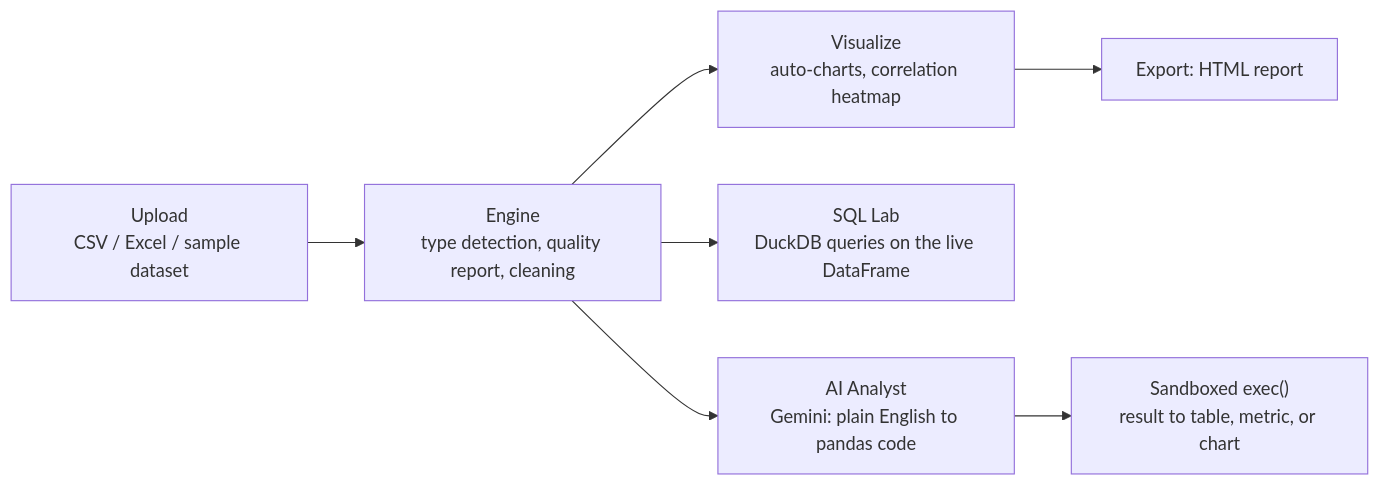
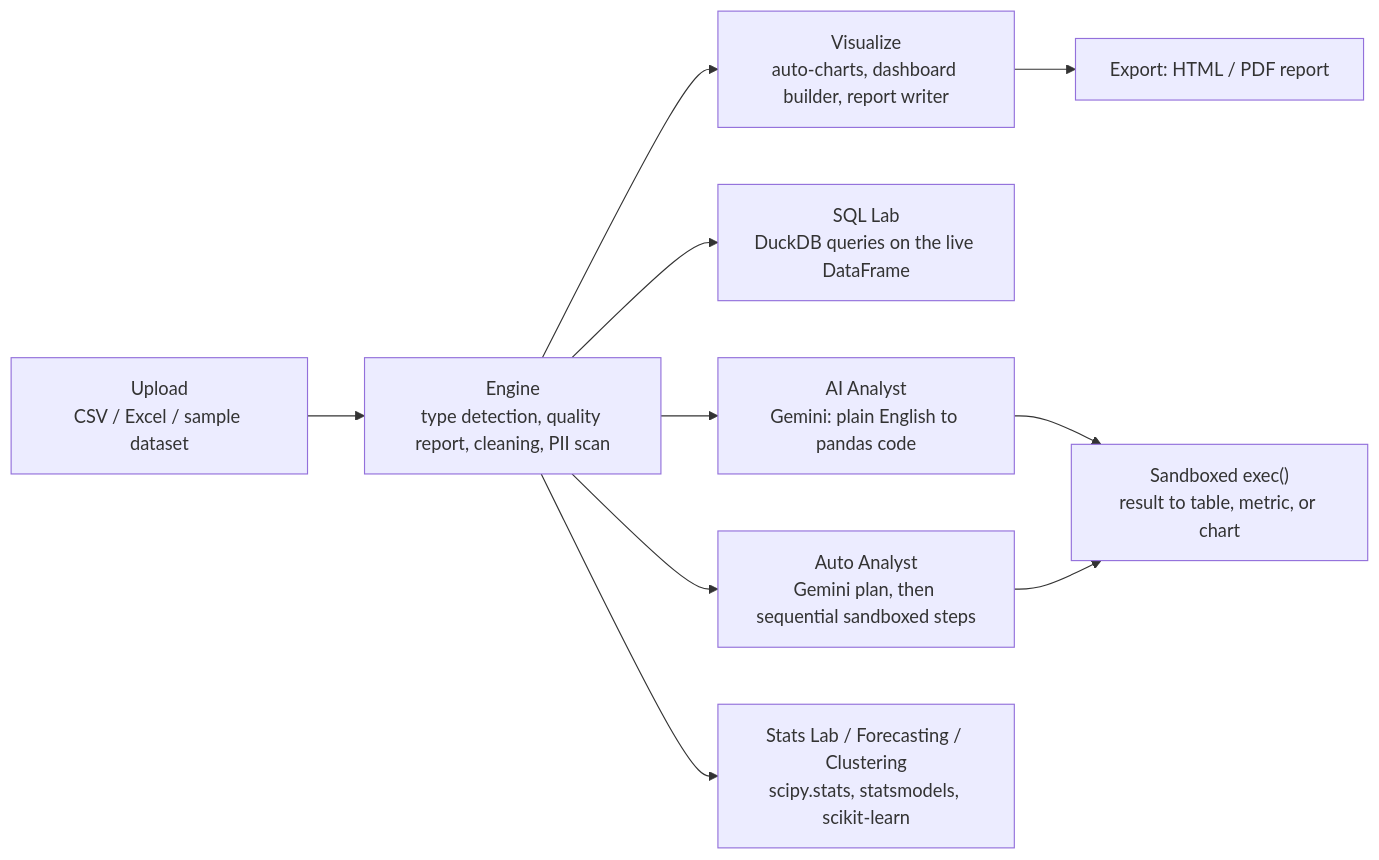
The diagram in README.md (anonymousnotavailable/prism), drawn with Mermaid before and after one commit. The commit also changed other lines of this file and 15 other files, not shown here.

````diff
--- a/README.md
+++ b/README.md
@@ -101,9 +169,12 @@
 ```mermaid
 flowchart LR
-    Upload["Upload<br/>CSV / Excel / sample dataset"] --> Engine["Engine<br/>type detection, quality report, cleaning"]
-    Engine --> Visualize["Visualize<br/>auto-charts, correlation heatmap"]
+    Upload["Upload<br/>CSV / Excel / sample dataset"] --> Engine["Engine<br/>type detection, quality report, cleaning, PII scan"]
+    Engine --> Visualize["Visualize<br/>auto-charts, dashboard builder, report writer"]
     Engine --> SQLLab["SQL Lab<br/>DuckDB queries on the live DataFrame"]
     Engine --> AIAnalyst["AI Analyst<br/>Gemini: plain English to pandas code"]
+    Engine --> AutoAnalyst["Auto Analyst<br/>Gemini plan, then sequential sandboxed steps"]
+    Engine --> StatsForecastCluster["Stats Lab / Forecasting / Clustering<br/>scipy.stats, statsmodels, scikit-learn"]
     AIAnalyst --> Sandbox["Sandboxed exec()<br/>result to table, metric, or chart"]
-    Visualize --> Report["Export: HTML report"]
+    AutoAnalyst --> Sandbox
+    Visualize --> Report["Export: HTML / PDF report"]
 ```
````
